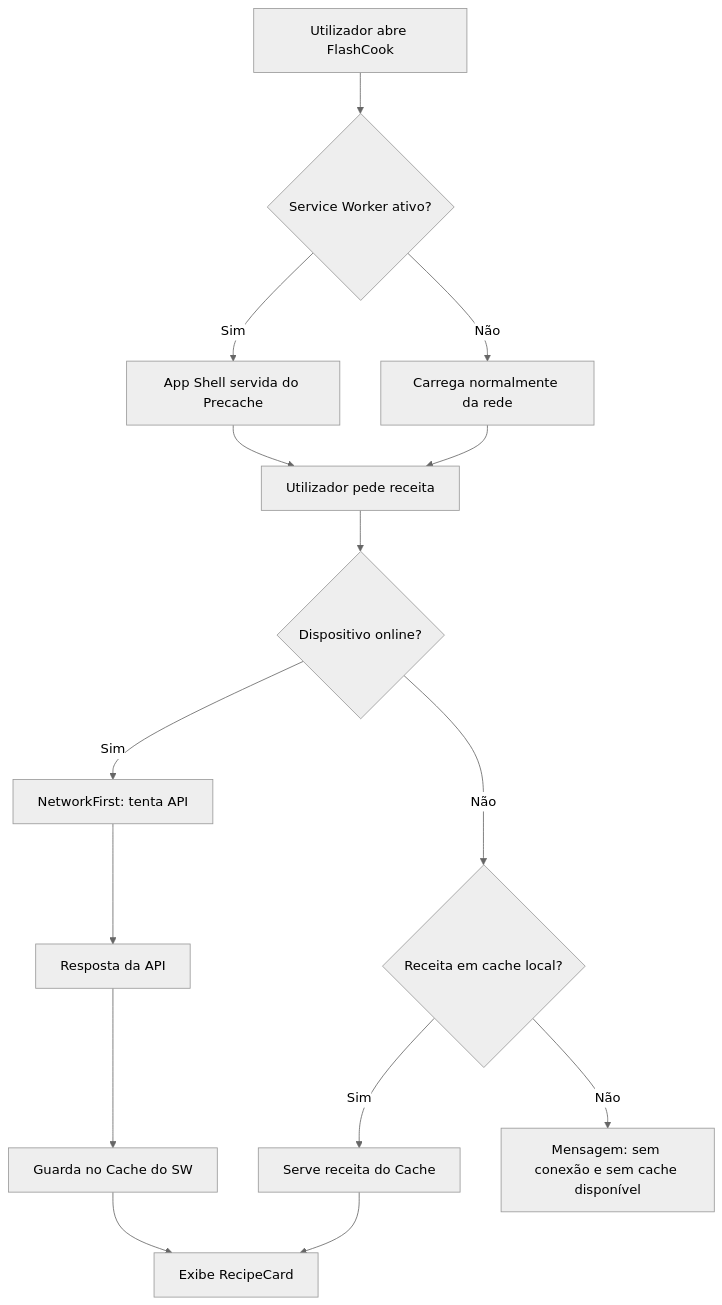
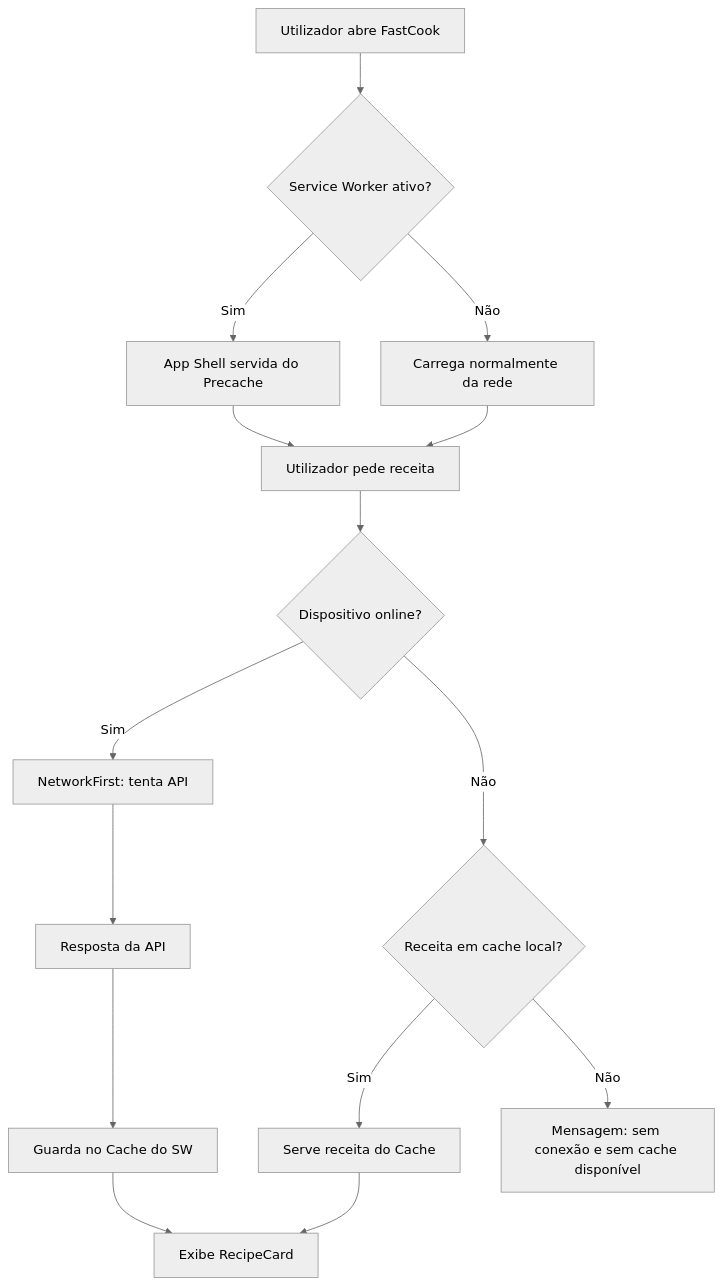
The diagram in docs/pwa_e_performance.md (davydsonmr1/fastcook), drawn with Mermaid (neutral theme) before and after one commit. The commit also changed other lines of this file and 16 other files, not shown here.

````diff
--- a/docs/pwa_e_performance.md
+++ b/docs/pwa_e_performance.md
@@ -99,21 +99,21 @@
 ```mermaid
 flowchart TD
-    A[Utilizador abre FlashCook] --> B{Service Worker ativo?}
+    A[Utilizador abre FastCook] --> B{Service Worker ativo?}
     B -- Sim --> C[App Shell servida do Precache]
     B -- Não --> D[Carrega normalmente da rede]
     
     C --> E[Utilizador pede receita]
     D --> E
     
     E --> F{Dispositivo online?}
     F -- Sim --> G[NetworkFirst: tenta API]
     F -- Não --> H{Receita em cache local?}
     
     G --> I[Resposta da API]
     I --> J[Guarda no Cache do SW]
     J --> K[Exibe RecipeCard]
     
     H -- Sim --> L[Serve receita do Cache]
     L --> K
     H -- Não --> M[Mensagem: sem conexão e sem cache disponível]
 ```
````
